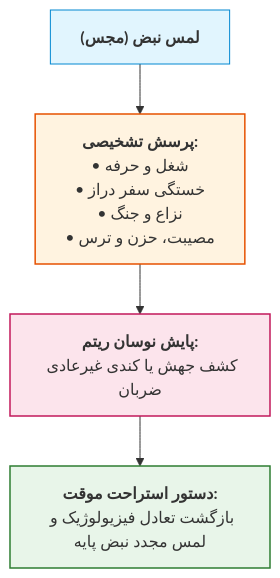
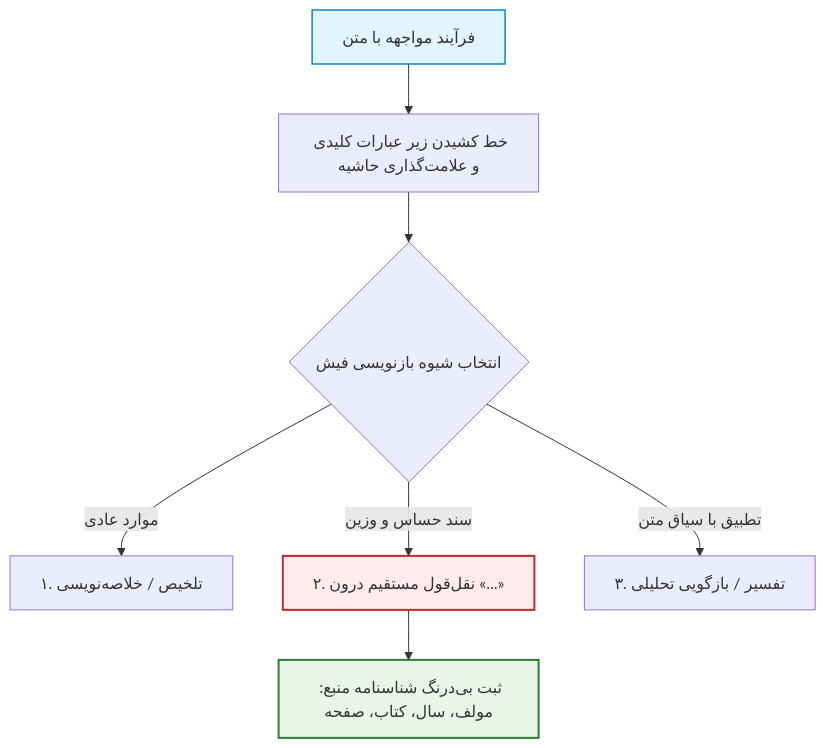
The tenth of 37 diagrams in 05/ادبیات/جامع بخش 1.md (neopulse-hub/TUMS-1402-1-neo), drawn with Mermaid before and after one commit. The commit also changed other lines of this file, not shown here.

````diff
--- a/05/ادبیات/جامع بخش 1.md
+++ b/05/ادبیات/جامع بخش 1.md
@@ -234,12 +414,15 @@
 ```mermaid
 flowchart TD
-    M1["<b>لمس نبض (مجس)</b>"]
-    --> M2["<b>پرسش تشخیصی:</b><br>• شغل و حرفه<br>• خستگی سفر دراز<br>• نزاع و جنگ<br>• مصیبت، حزن و ترس"]
-    --> M3["<b>پایش نوسان ریتم:</b><br>کشف جهش یا کندی غیرعادی ضربان"]
-    --> M4["<b>دستور استراحت موقت:</b><br>بازگشت تعادل فیزیولوژیک و لمس مجدد نبض پایه"]
+    Reading[فرآیند مواجهه با متن] --> Underline[خط کشیدن زیر عبارات کلیدی و علامت‌گذاری حاشیه]
+    Underline --> MethodChoice{انتخاب شیوه بازنویسی فیش}
+    
+    MethodChoice -->|موارد عادی| Sum[۱. تلخیص / خلاصه‌نویسی]
+    MethodChoice -->|سند حساس و وزین| Quote[۲. نقل‌قول مستقیم درون «...»]
+    MethodChoice -->|تطبیق با سیاق متن| Interp[۳. تفسیر / بازگویی تحلیلی]
 
-    style M1 fill:#e1f5fe,stroke:#0288d1,stroke-width:1px;
-    style M2 fill:#fff3e0,stroke:#e65100,stroke-width:1.5px;
-    style M3 fill:#fce4ec,stroke:#c2185b,stroke-width:1.5px;
-    style M4 fill:#e8f5e9,stroke:#2e7d32,stroke-width:1.5px;
+    Quote --> Ref[ثبت بی‌درنگ شناسنامه منبع: مولف، سال، کتاب، صفحه]
+
+    style Reading fill:#e1f5fe,stroke:#0288d1,stroke-width:1.5px;
+    style Quote fill:#ffebee,stroke:#c62828,stroke-width:2px;
+    style Ref fill:#e8f5e9,stroke:#2e7d32,stroke-width:2px;
 ```
````
